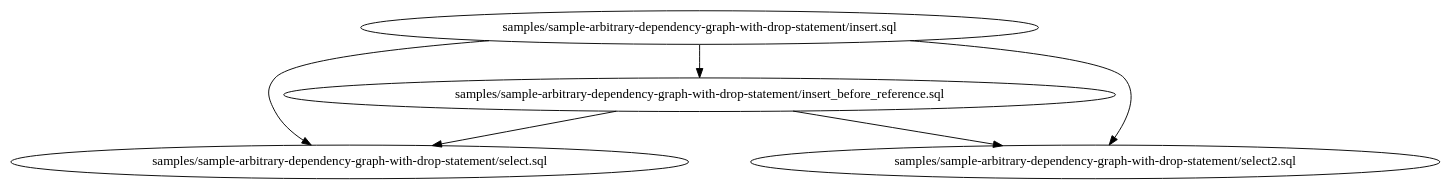
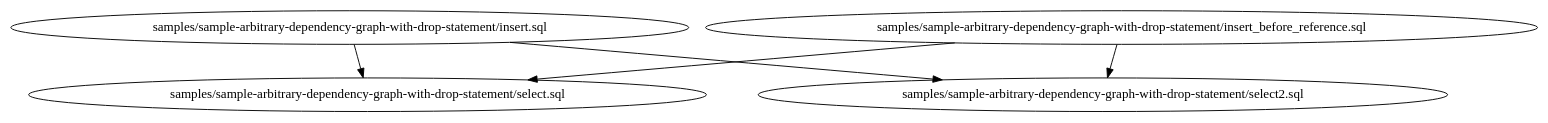
The diagram in samples/sample-arbitrary-dependency-graph-with-drop-statement/side_effect_first/dag.dot (Matts966/alphasql), drawn with Graphviz before and after one commit. The commit also changed 5 other files, not shown here.

```diff
--- a/samples/sample-arbitrary-dependency-graph-with-drop-statement/side_effect_first/dag.dot
+++ b/samples/sample-arbitrary-dependency-graph-with-drop-statement/side_effect_first/dag.dot
@@ -1,11 +1,10 @@
 digraph G {
 0 [label="samples/sample-arbitrary-dependency-graph-with-drop-statement/insert.sql", shape="", type=query];
 1 [label="samples/sample-arbitrary-dependency-graph-with-drop-statement/insert_before_reference.sql", shape="", type=query];
 2 [label="samples/sample-arbitrary-dependency-graph-with-drop-statement/select.sql", shape="", type=query];
 3 [label="samples/sample-arbitrary-dependency-graph-with-drop-statement/select2.sql", shape="", type=query];
 0->2 ;
 0->3 ;
-0->1 ;
 1->2 ;
 1->3 ;
 }
```
